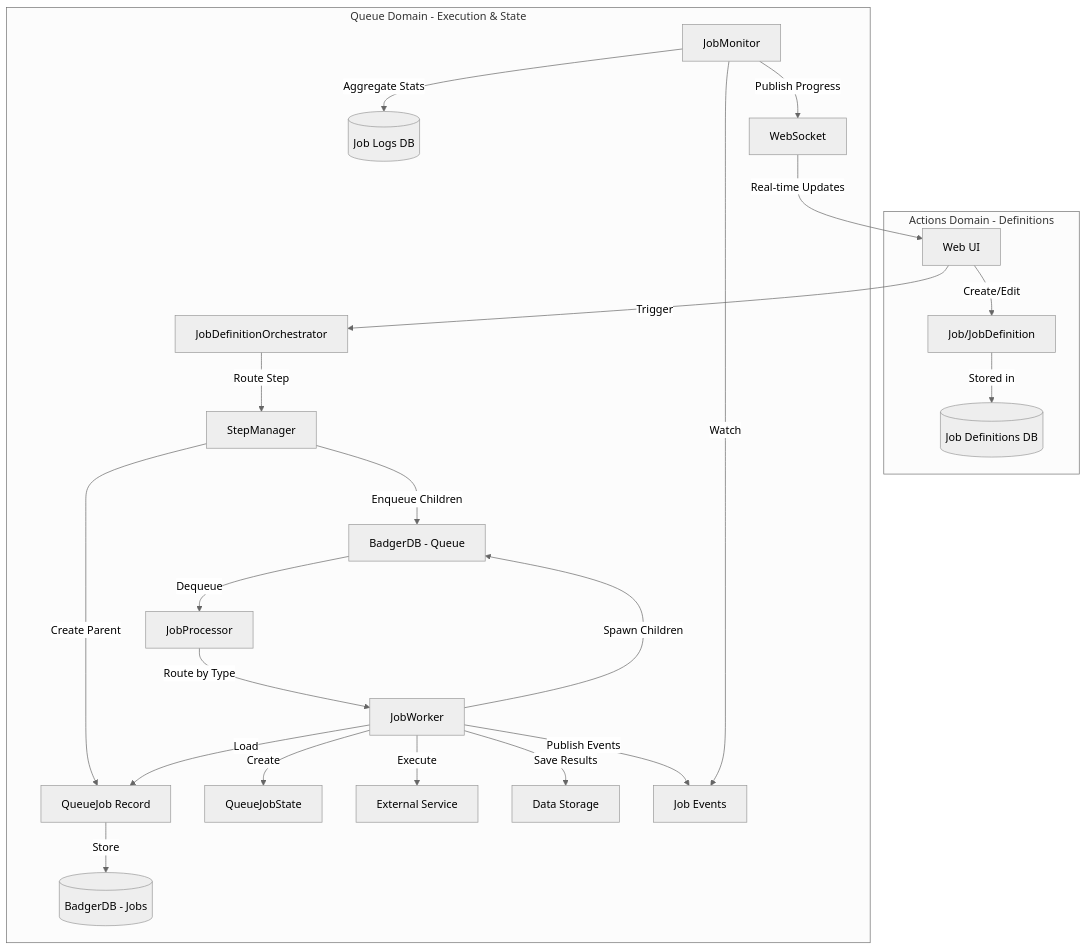
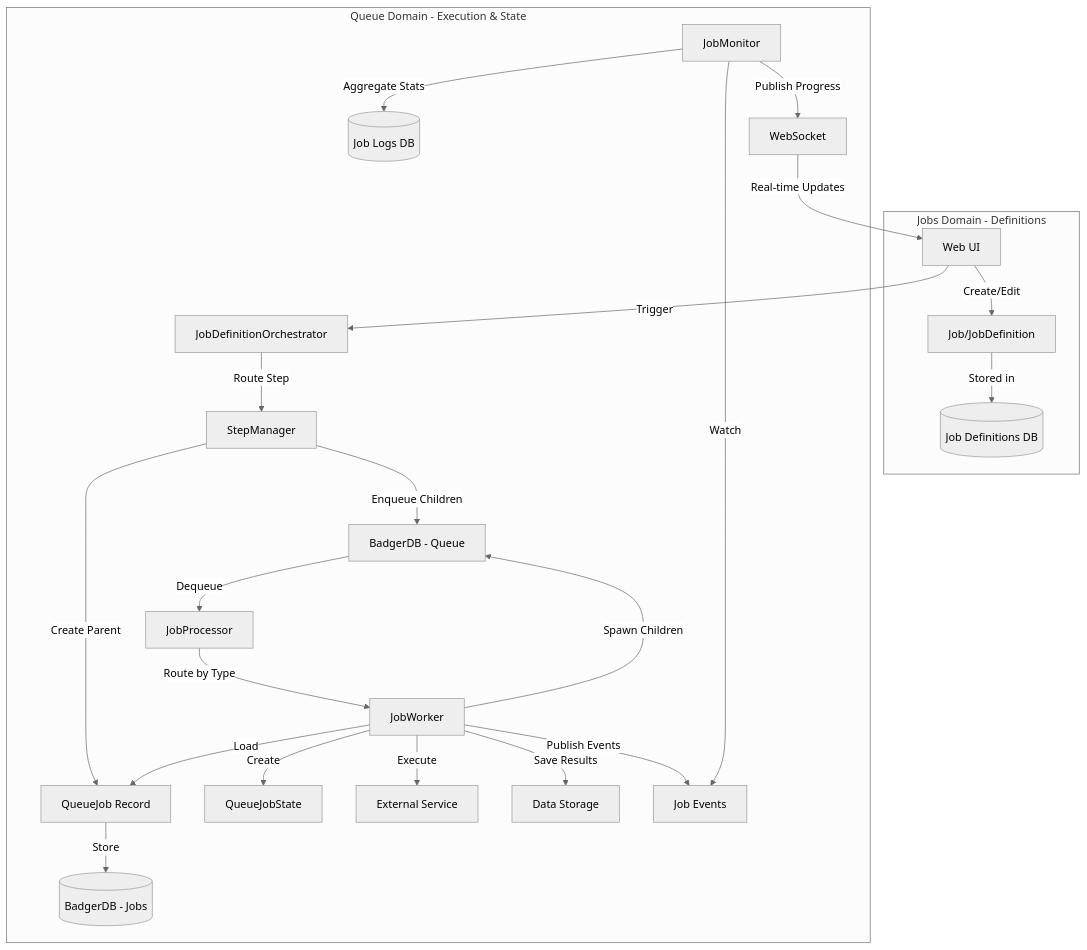
One commit to ternarybob/quaero changed the diagram in docs/architecture/MANAGER_WORKER_ARCHITECTURE.md. Above: the diagram before and after it, drawn with Mermaid (neutral theme). The commit also changed other lines of this file and 33 other files, not shown here.

````diff
--- a/docs/architecture/MANAGER_WORKER_ARCHITECTURE.md
+++ b/docs/architecture/MANAGER_WORKER_ARCHITECTURE.md
@@ -121,29 +122,29 @@
 ```mermaid
 graph TB
-    subgraph "Actions Domain - Definitions"
+    subgraph "Jobs Domain - Definitions"
         UI[Web UI] -->|Create/Edit| JobDef[Job/JobDefinition]
         JobDef -->|Stored in| DefDB[(Job Definitions DB)]
     end
 
     subgraph "Queue Domain - Execution & State"
         UI -->|Trigger| Orchestrator[JobDefinitionOrchestrator]
         Orchestrator -->|Route Step| StepMgr[StepManager]
         StepMgr -->|Create Parent| QueueJob[QueueJob Record]
         QueueJob -->|Store| QueueDB[(BadgerDB - Jobs)]
         StepMgr -->|Enqueue Children| Queue[BadgerDB - Queue]
 
         Queue -->|Dequeue| Processor[JobProcessor]
         Processor -->|Route by Type| Worker[JobWorker]
         Worker -->|Load| QueueJob
         Worker -->|Create| QueueState[QueueJobState]
         Worker -->|Execute| Service[External Service]
         Worker -->|Save Results| Storage[Data Storage]
         Worker -->|Spawn Children| Queue
         Worker -->|Publish Events| Events[Job Events]
 
         Monitor[JobMonitor] -->|Watch| Events
         Monitor -->|Aggregate Stats| JobLogs[(Job Logs DB)]
         Monitor -->|Publish Progress| WS[WebSocket]
         WS -->|Real-time Updates| UI
     end
 ```
````
